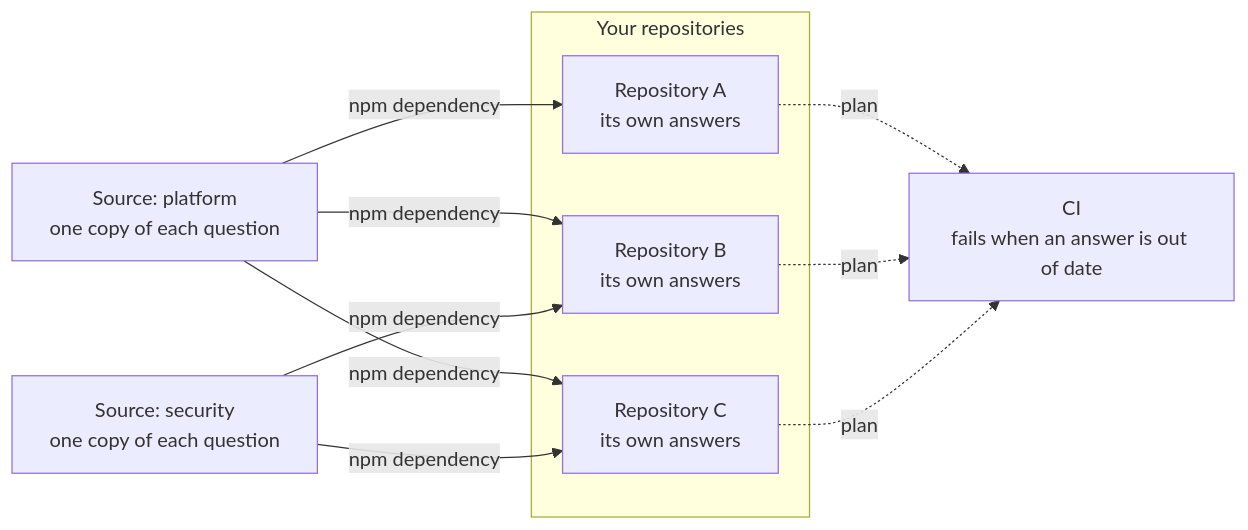
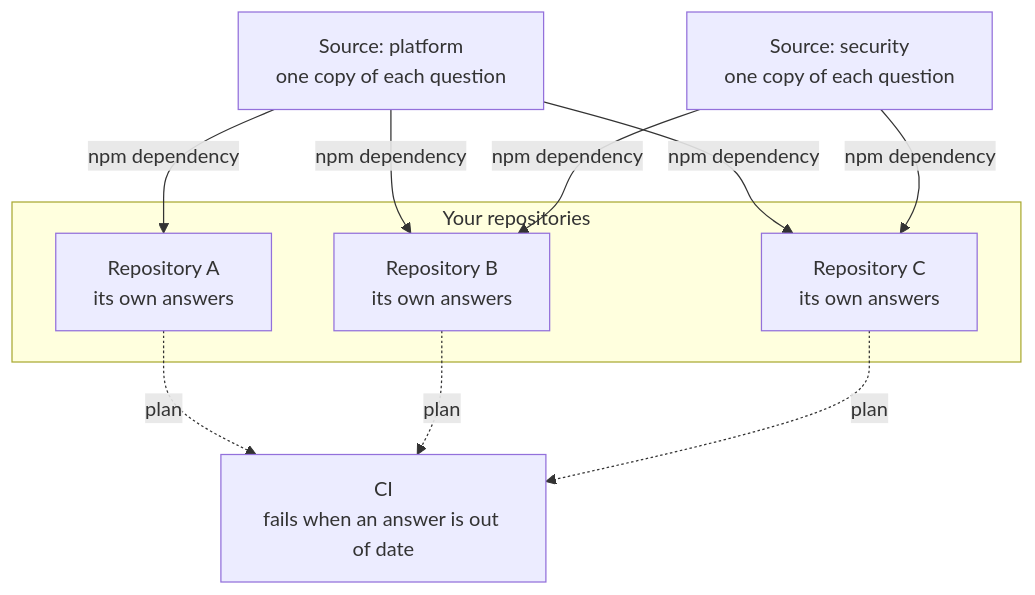
The first of 3 diagrams in docs/features.md (trivoallan/ontrack), drawn with Mermaid before and after one commit.

Commit message:
docs: lay out the multi-repository diagram top to bottom

````diff
--- a/docs/features.md
+++ b/docs/features.md
@@ -11,14 +11,14 @@
 ```mermaid
-flowchart LR
+flowchart TD
   platform["Source: platform<br/>one copy of each question"]
   security["Source: security<br/>one copy of each question"]
   subgraph repos["Your repositories"]
     a["Repository A<br/>its own answers"]
     b["Repository B<br/>its own answers"]
     c["Repository C<br/>its own answers"]
   end
   platform -->|"npm dependency"| a & b & c
   security -->|"npm dependency"| b & c
   ci["CI<br/>fails when an answer is out of date"]
   a & b & c -.->|"plan"| ci
 ```
````
